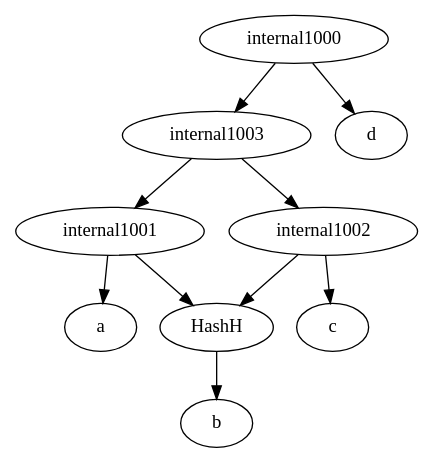
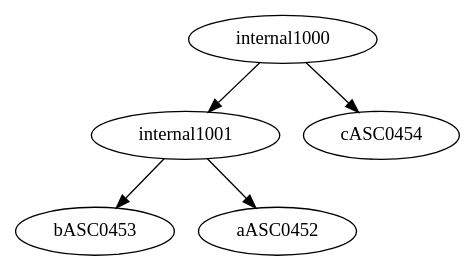
The diagram in ParsingTxt/Launcher/upload.dot (iharnoor/PhylogeneticsWebsite), drawn with Graphviz before and after one commit. The commit also changed 5 other files, not shown here.

```diff
--- a/ParsingTxt/Launcher/upload.dot
+++ b/ParsingTxt/Launcher/upload.dot
@@ -1,11 +1,6 @@
 strict digraph G1 {
-HashH -> b
-internal1001 -> HashH
-internal1001 -> a
-internal1002 -> c
-internal1002 -> HashH
-internal1003 -> internal1002
-internal1003 -> internal1001
-internal1000 -> d
-internal1000 -> internal1003
+internal1001 -> bASC0453
+internal1001 -> aASC0452
+internal1000 -> cASC0454
+internal1000 -> internal1001
 }
```
